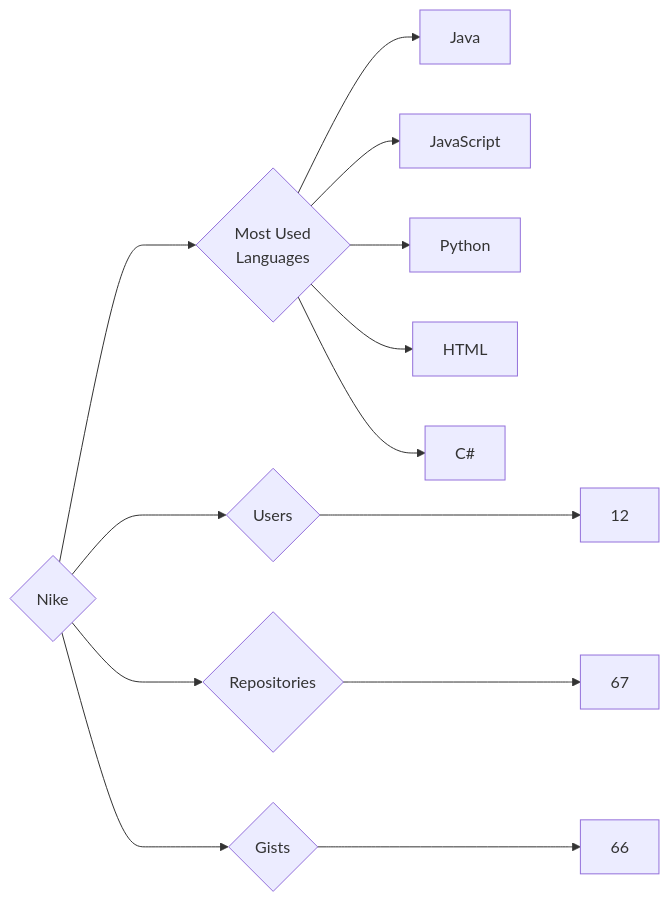
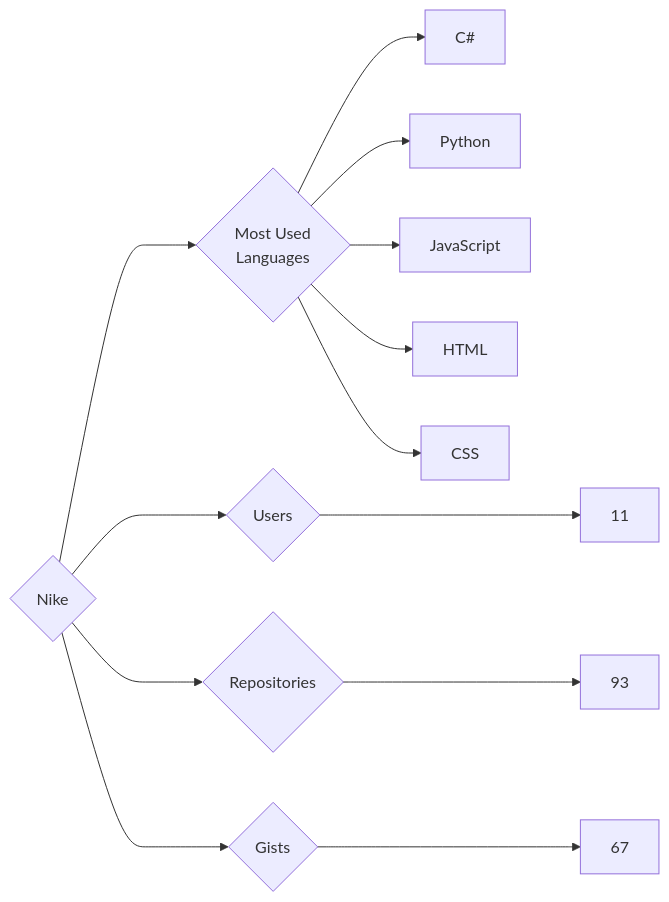
One commit to trickest/insiders changed the diagram in targets/Nike/README.md. Above: the diagram before and after it, drawn with Mermaid. The commit also changed 597 other files, not shown here.

````diff
--- a/targets/Nike/README.md
+++ b/targets/Nike/README.md
@@ -3,13 +3,13 @@
 ```mermaid
 graph LR
 COMPANY_NAME{Nike}
-COMPANY_NAME ---> U{Users} ---> UN[12]
-COMPANY_NAME ---> R{Repositories} ---> RN[67]
-COMPANY_NAME ---> G{Gists} ---> GN[66]
+COMPANY_NAME ---> U{Users} ---> UN[11]
+COMPANY_NAME ---> R{Repositories} ---> RN[93]
+COMPANY_NAME ---> G{Gists} ---> GN[67]
 COMPANY_NAME ---> ML{Most Used<br>Languages}
-ML --> Java[Java]
+ML --> C#[C#]
+ML --> Python[Python]
 ML --> JavaScript[JavaScript]
-ML --> Python[Python]
 ML --> HTML[HTML]
-ML --> C#[C#]
+ML --> CSS[CSS]
 ```
````
